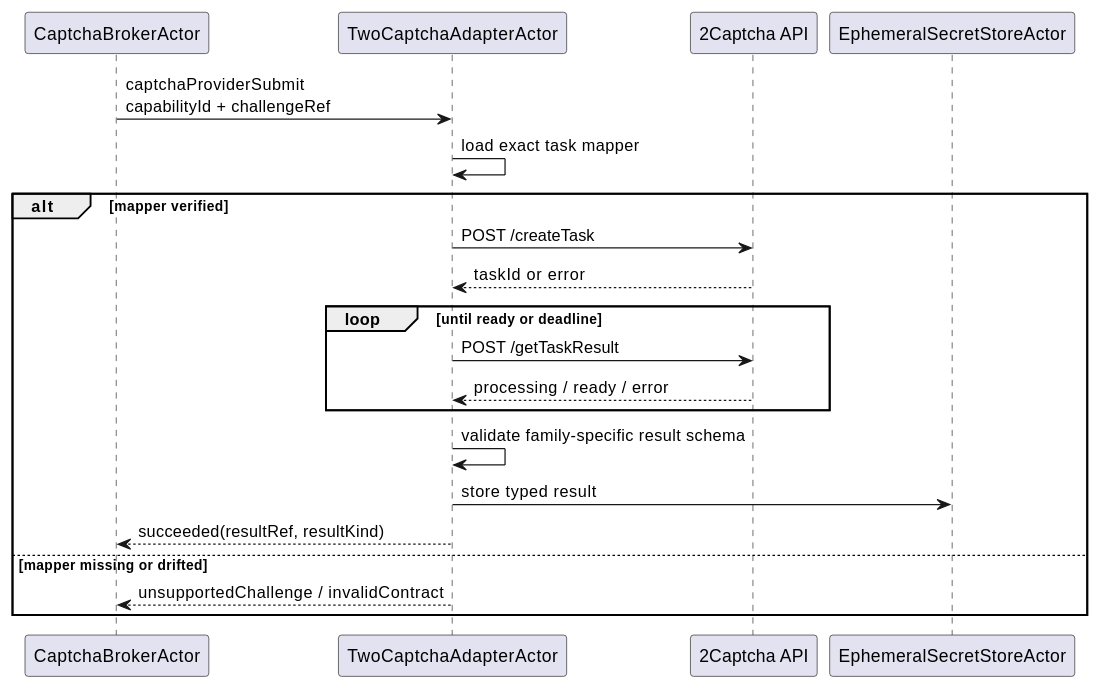
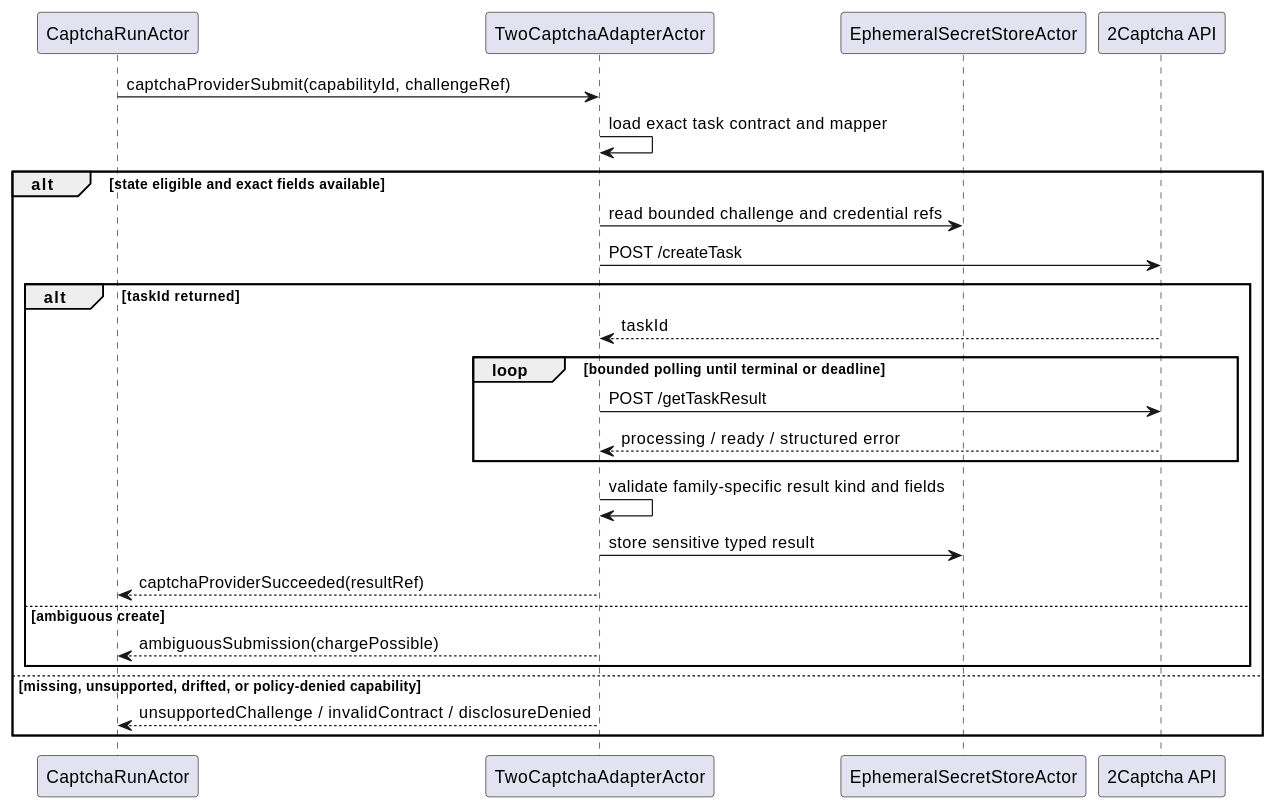
One commit to lost-rob0t/starintel-auto-research changed the diagram in roam/research/starintel-pro-actors/STAR-PRO-RESEARCH-003-2captcha-hcaptcha-provider.org. Above: the diagram before and after it, drawn with PlantUML. The commit also changed other lines of this file, not shown here.

Commit message:
model 2Captcha as family-specific human-assisted capabilities

```diff
--- a/roam/research/starintel-pro-actors/STAR-PRO-RESEARCH-003-2captcha-hcaptcha-provider.org
+++ b/roam/research/starintel-pro-actors/STAR-PRO-RESEARCH-003-2captcha-hcaptcha-provider.org
@@ -66,24 +135,29 @@
 #+begin_src plantuml
 @startuml
-participant "CaptchaBrokerActor" as Broker
+participant "CaptchaRunActor" as Run
 participant "TwoCaptchaAdapterActor" as Adapter
+participant "EphemeralSecretStoreActor" as Secrets
 participant "2Captcha API" as API
-participant "EphemeralSecretStoreActor" as Secrets
 
-Broker -> Adapter : captchaProviderSubmit\ncapabilityId + challengeRef
-Adapter -> Adapter : load exact task mapper
-alt mapper verified
+Run -> Adapter : captchaProviderSubmit(capabilityId, challengeRef)
+Adapter -> Adapter : load exact task contract and mapper
+alt state eligible and exact fields available
+  Adapter -> Secrets : read bounded challenge and credential refs
   Adapter -> API : POST /createTask
-  API --> Adapter : taskId or error
-  loop until ready or deadline
-    Adapter -> API : POST /getTaskResult
-    API --> Adapter : processing / ready / error
+  alt taskId returned
+    API --> Adapter : taskId
+    loop bounded polling until terminal or deadline
+      Adapter -> API : POST /getTaskResult
+      API --> Adapter : processing / ready / structured error
+    end
+    Adapter -> Adapter : validate family-specific result kind and fields
+    Adapter -> Secrets : store sensitive typed result
+    Adapter --> Run : captchaProviderSucceeded(resultRef)
+  else ambiguous create
+    Adapter --> Run : ambiguousSubmission(chargePossible)
   end
-  Adapter -> Adapter : validate family-specific result schema
-  Adapter -> Secrets : store typed result
-  Adapter --> Broker : succeeded(resultRef, resultKind)
-else mapper missing or drifted
-  Adapter --> Broker : unsupportedChallenge / invalidContract
+else missing, unsupported, drifted, or policy-denied capability
+  Adapter --> Run : unsupportedChallenge / invalidContract / disclosureDenied
 end
 @enduml
 #+end_src
```
